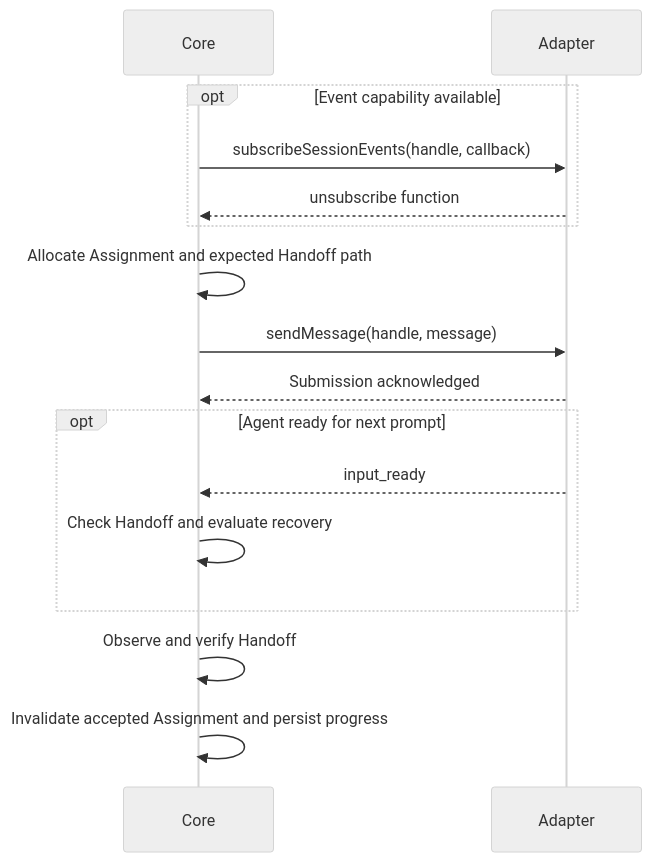
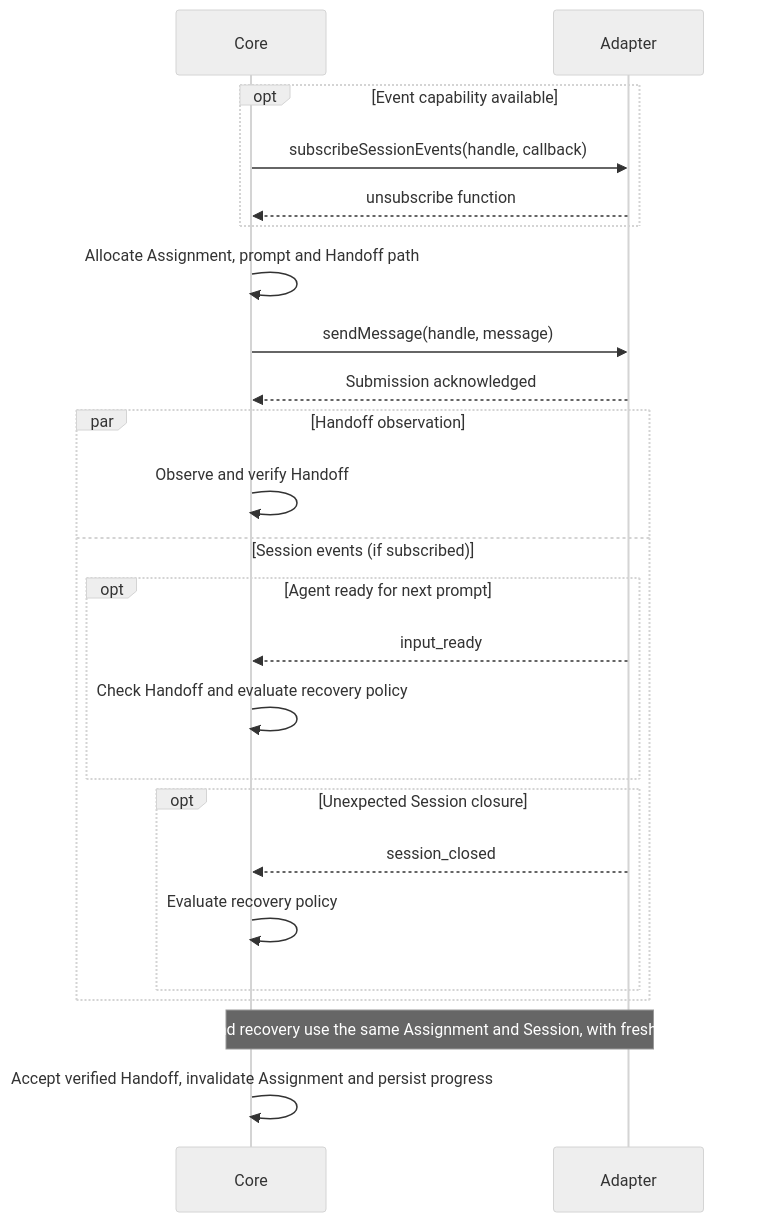
The fourth of 6 diagrams in docs/terminal-contract.md (BuddyLabsCo/issue-runner-core), drawn with Mermaid (neutral theme) before and after one commit. The commit also changed other lines of this file, not shown here.

Commit message:
docs: express lifecycle flows in Mermaid diagrams

````diff
--- a/docs/terminal-contract.md
+++ b/docs/terminal-contract.md
@@ -458,18 +449,26 @@
 ```mermaid
 sequenceDiagram
     participant Core
     participant Adapter
     opt Event capability available
         Core->>Adapter: subscribeSessionEvents(handle, callback)
         Adapter-->>Core: unsubscribe function
     end
-    Core->>Core: Allocate Assignment and expected Handoff path
+    Core->>Core: Allocate Assignment, prompt and Handoff path
     Core->>Adapter: sendMessage(handle, message)
     Adapter-->>Core: Submission acknowledged
-    opt Agent ready for next prompt
-        Adapter-->>Core: input_ready
-        Core->>Core: Check Handoff and evaluate recovery
+    par Handoff observation
+        Core->>Core: Observe and verify Handoff
+    and Session events (if subscribed)
+        opt Agent ready for next prompt
+            Adapter-->>Core: input_ready
+            Core->>Core: Check Handoff and evaluate recovery policy
+        end
+        opt Unexpected Session closure
+            Adapter-->>Core: session_closed
+            Core->>Core: Evaluate recovery policy
+        end
     end
-    Core->>Core: Observe and verify Handoff
-    Core->>Core: Invalidate accepted Assignment and persist progress
+    Note over Core,Adapter: Corrections and recovery use the same Assignment and Session, with fresh message IDs.
+    Core->>Core: Accept verified Handoff, invalidate Assignment and persist progress
 ```
````
